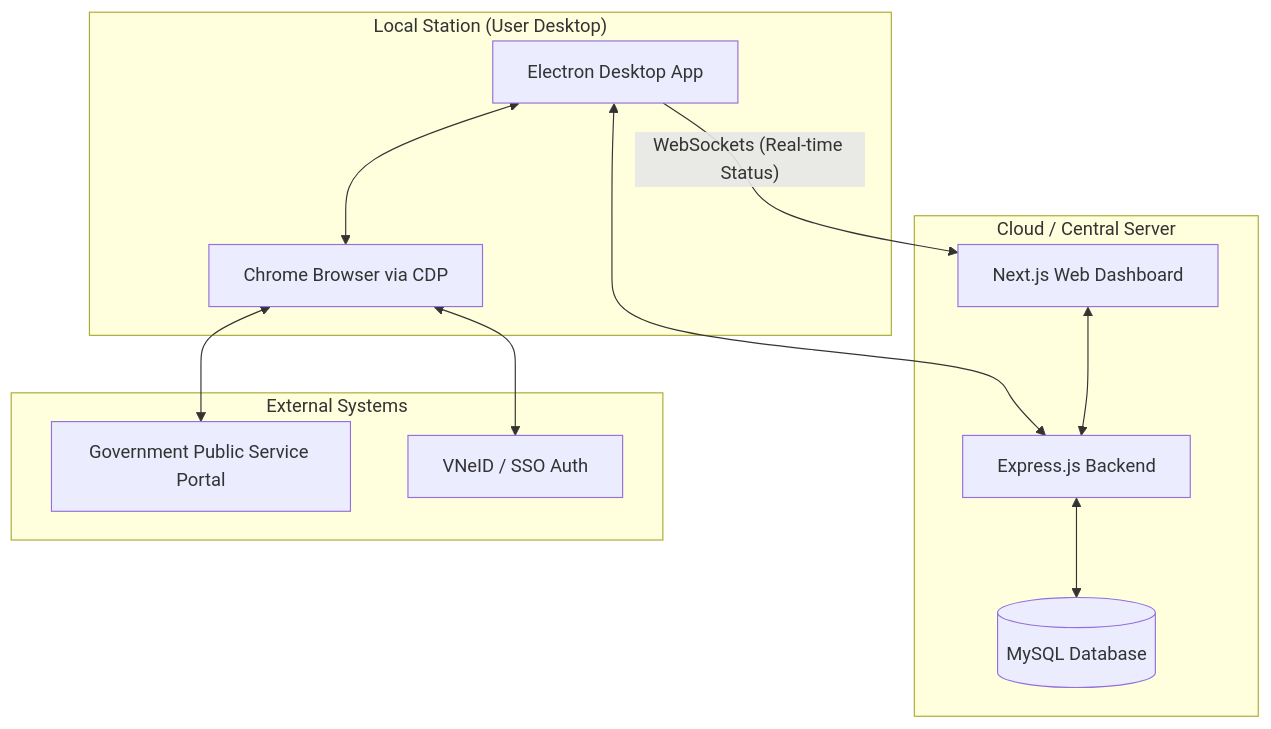
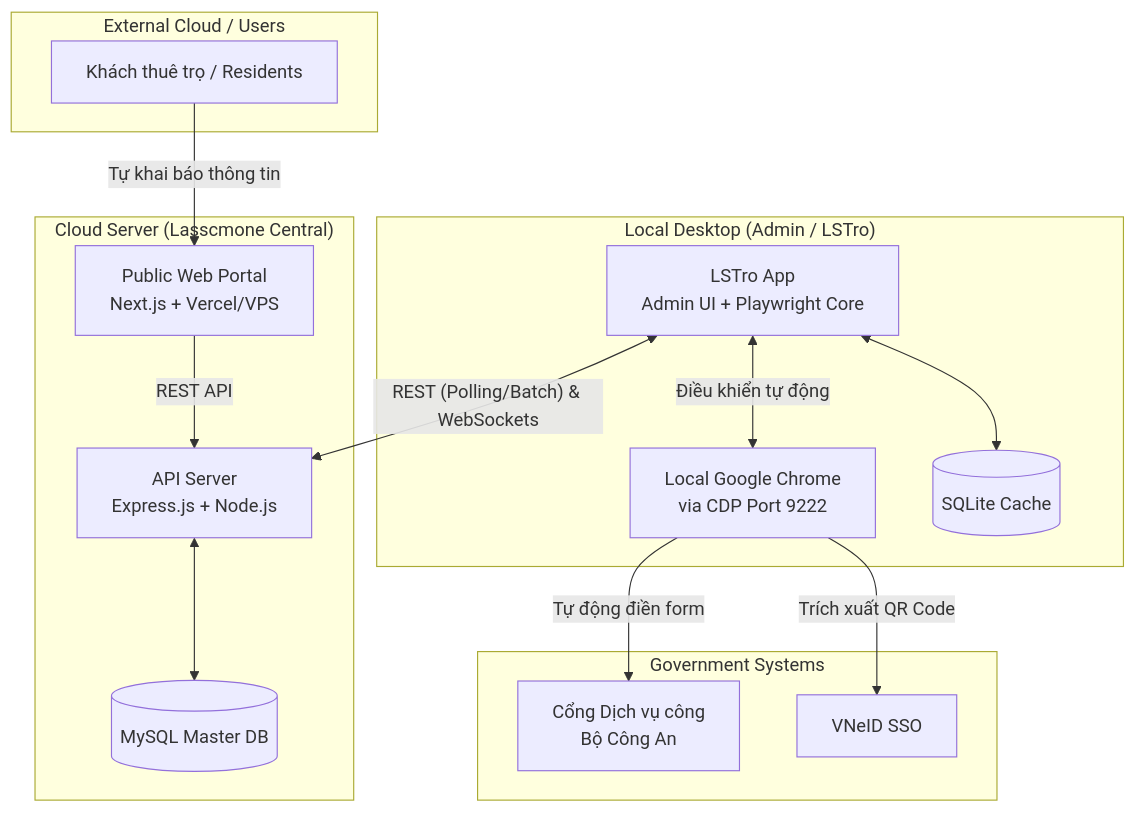
One commit to Danchoimod/readme changed the diagram in README.md. Above: the diagram before and after it, drawn with Mermaid. The commit also changed other lines of this file, not shown here.

````diff
--- a/README.md
+++ b/README.md
@@ -9,29 +11,37 @@
 ```mermaid
 graph TD
-    subgraph "Cloud / Central Server"
-        WEB[Next.js Web Dashboard]
-        API[Express.js Backend]
-        DB[(MySQL Database)]
+    subgraph "External Cloud / Users"
+        USER[Khách thuê trọ / Residents]
     end
 
-    subgraph "Local Station (User Desktop)"
-        AGENT[Electron Desktop App]
-        CHROME[Chrome Browser via CDP]
+    subgraph "Cloud Server (Lasscmone Central)"
+        FRONTEND[Public Web Portal<br/>Next.js + Vercel/VPS]
+        BACKEND[API Server<br/>Express.js + Node.js]
+        DB[(MySQL Master DB)]
     end
 
-    subgraph "External Systems"
-        GOV[Government Public Service Portal]
-        SSO[VNeID / SSO Auth]
+    subgraph "Local Desktop (Admin / LSTro)"
+        AGENT[LSTro App<br/>Admin UI + Playwright Core]
+        CHROME[Local Google Chrome<br/>via CDP Port 9222]
+        LOCAL_DB[(SQLite Cache)]
     end
 
-    %% Communications
-    WEB <--> API
-    API <--> DB
-    AGENT <--> API
-    AGENT <--> CHROME
-    CHROME <--> GOV
-    CHROME <--> SSO
+    subgraph "Government Systems"
+        GOV[Cổng Dịch vụ công<br/>Bộ Công An]
+        SSO[VNeID SSO]
+    end
+
+    %% Data Flow
+    USER -- "Tự khai báo thông tin" --> FRONTEND
+    FRONTEND -- "REST API" --> BACKEND
+    BACKEND <--> DB
     
-    %% Real-time updates
-    AGENT -- "WebSockets (Real-time Status)" --> WEB
+    %% Agent interactions
+    AGENT -- "REST (Polling/Batch) & WebSockets" <--> BACKEND
+    AGENT <--> LOCAL_DB
+    AGENT -- "Điều khiển tự động" <--> CHROME
+    
+    %% Chrome automations
+    CHROME -- "Tự động điền form" --> GOV
+    CHROME -- "Trích xuất QR Code" --> SSO
 ```
````
